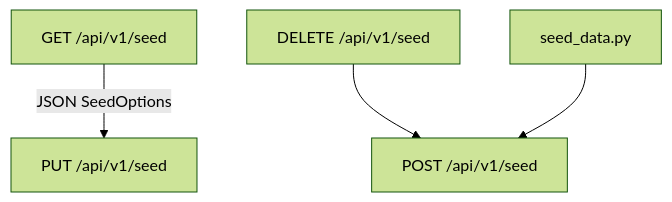
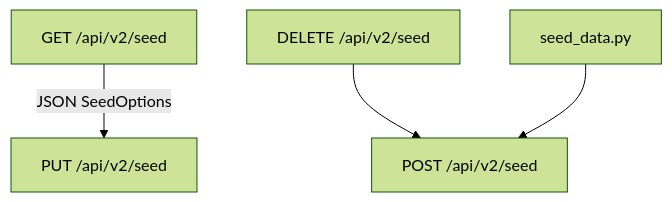
Before and after one commit to ShaharMS/ClientManager: the diagram in docs/core/seed-system.md, drawn with Mermaid (forest theme). The commit also changed other lines of this file and 16 other files, not shown here.

````diff
--- a/docs/core/seed-system.md
+++ b/docs/core/seed-system.md
@@ -12,12 +12,12 @@
 ```mermaid
 flowchart TD
-  export["GET /api/v1/seed"]
-  delete["DELETE /api/v1/seed"]
-  post["POST /api/v1/seed"]
-  put["PUT /api/v1/seed"]
+  export["GET /api/v2/seed"]
+  delete["DELETE /api/v2/seed"]
+  post["POST /api/v2/seed"]
+  put["PUT /api/v2/seed"]
   script["seed_data.py"]
 
   export -->|"JSON SeedOptions"| put
   delete --> post
   script --> post
 ```
````
